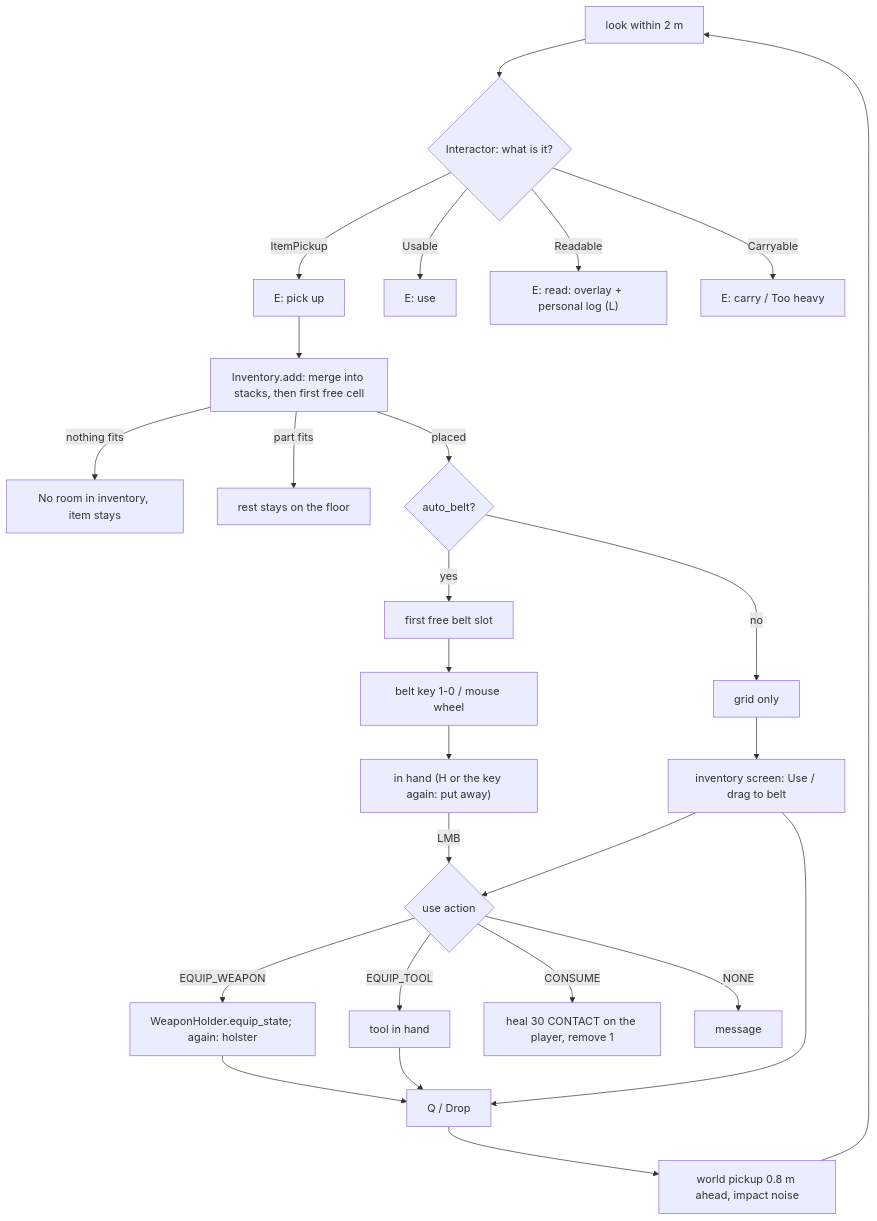
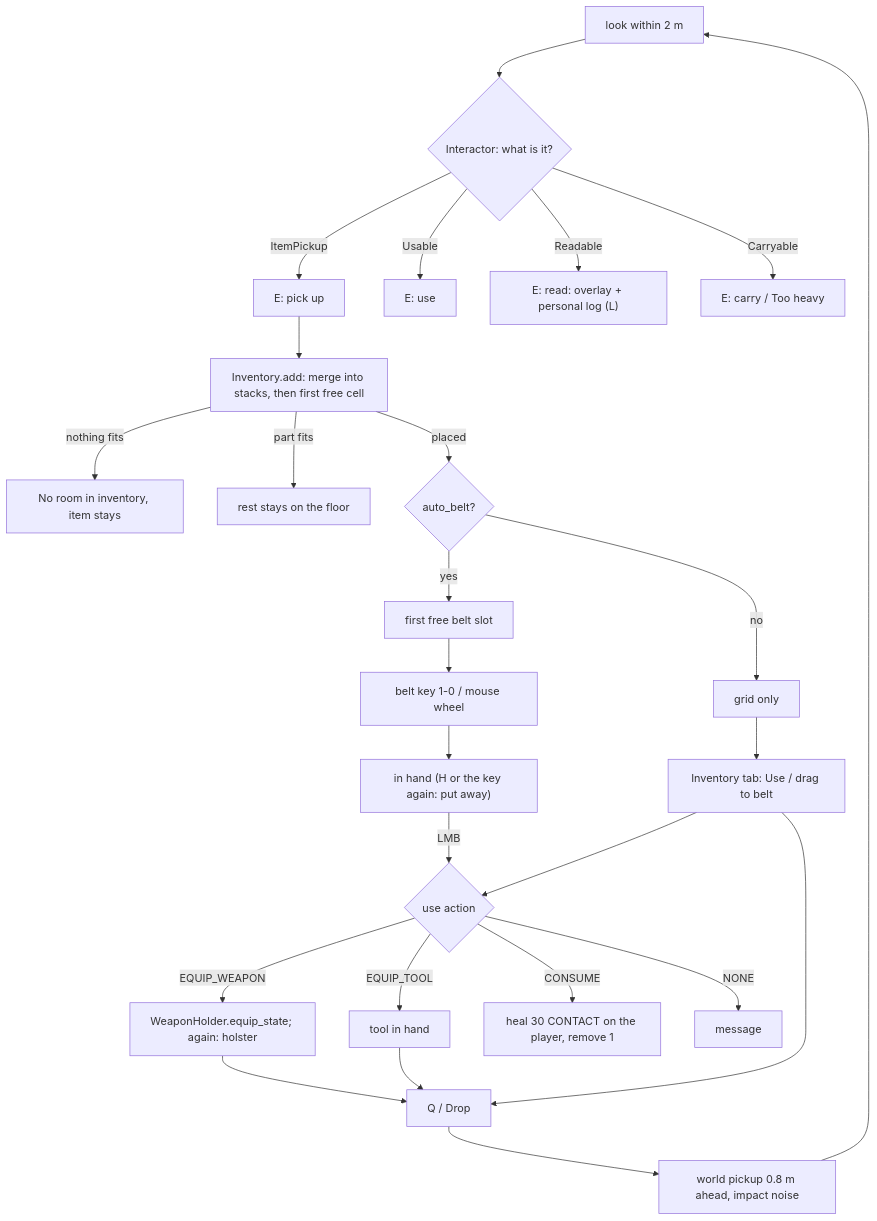
Before and after one commit to matts2cant/im-sim-proto: the diagram in design/game/inventory.md, drawn with Mermaid. The commit also changed other lines of this file and 17 other files, not shown here.

````diff
--- a/design/game/inventory.md
+++ b/design/game/inventory.md
@@ -135,28 +137,28 @@
 ```mermaid
 flowchart TD
     L["look within 2 m"] --> I{"Interactor: what is it?"}
     I -->|ItemPickup| P["E: pick up"]
     I -->|Usable| U["E: use"]
     I -->|Readable| RD["E: read: overlay + personal log (L)"]
     I -->|Carryable| C["E: carry / Too heavy"]
     P --> A["Inventory.add: merge into stacks, then first free cell"]
     A -->|nothing fits| R["No room in inventory, item stays"]
     A -->|part fits| S["rest stays on the floor"]
     A -->|placed| B{"auto_belt?"}
     B -->|yes| BS["first free belt slot"]
     B -->|no| G["grid only"]
     BS --> K["belt key 1-0 / mouse wheel"]
-    G --> M["inventory screen: Use / drag to belt"]
+    G --> M["Inventory tab: Use / drag to belt"]
     K --> HD["in hand (H or the key again: put away)"]
     HD -->|LMB| X{"use action"}
     M --> X
     X -->|EQUIP_WEAPON| W["WeaponHolder.equip_state; again: holster"]
     X -->|EQUIP_TOOL| T["tool in hand"]
     X -->|CONSUME| H["heal 30 CONTACT on the player, remove 1"]
     X -->|NONE| N["message"]
     W --> Q["Q / Drop"]
     T --> Q
     M --> Q
     Q --> O["world pickup 0.8 m ahead, impact noise"]
     O --> L
 ```
````
